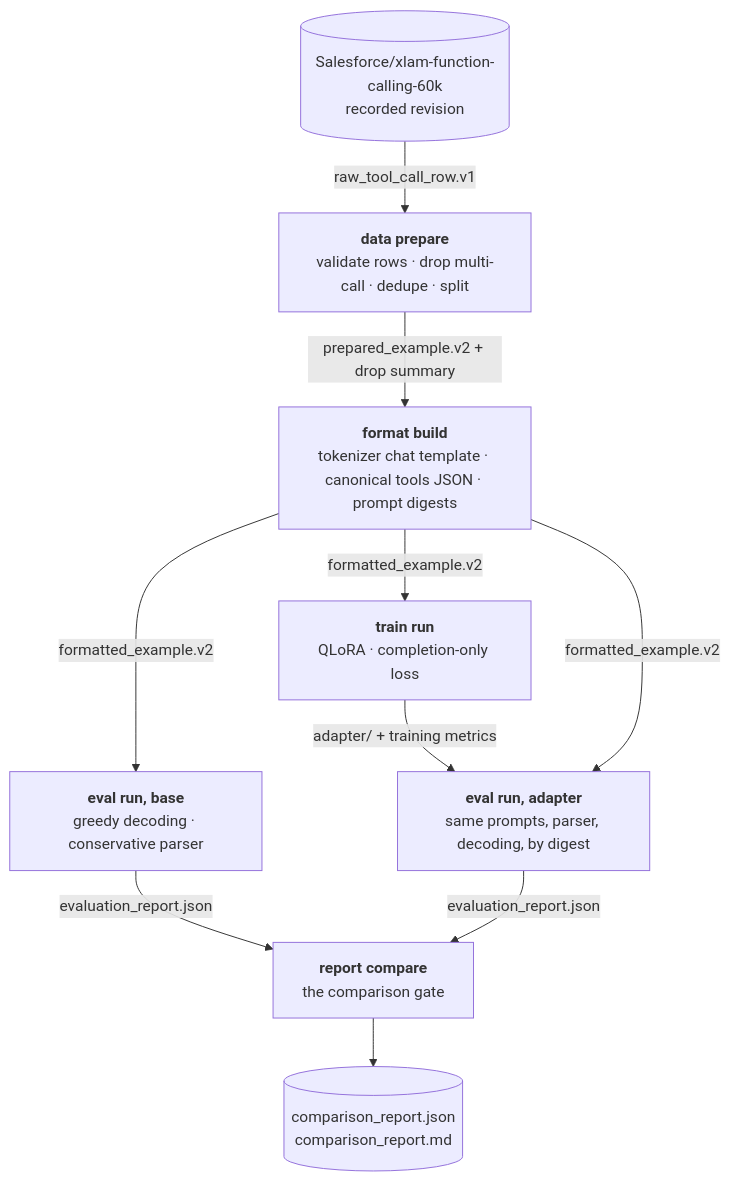
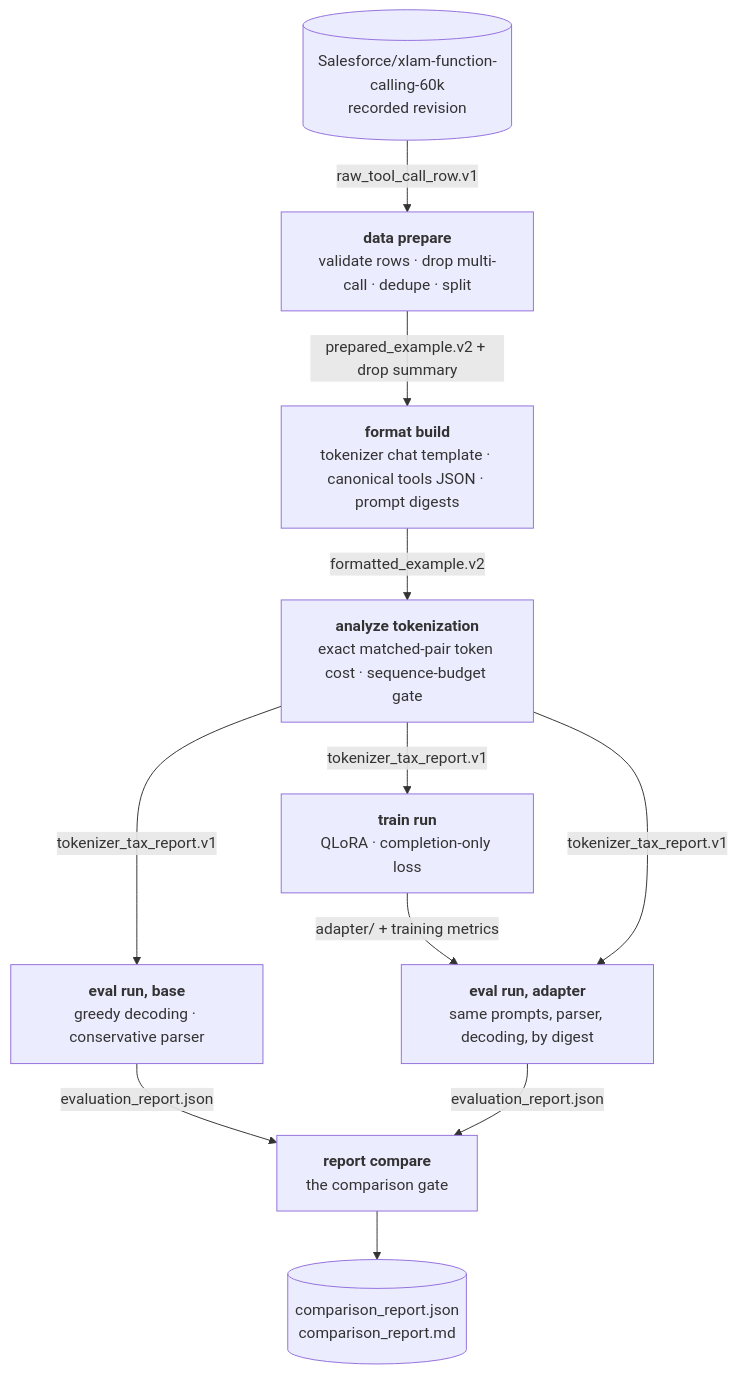
Before and after one commit to AbdelStark/sommelier: the diagram in docs/concepts/pipeline.md, drawn with Mermaid. The commit also changed other lines of this file and 149 other files, not shown here.

````diff
--- a/docs/concepts/pipeline.md
+++ b/docs/concepts/pipeline.md
@@ -7,19 +7,21 @@
 ```mermaid
 flowchart TB
     raw[("Salesforce/xlam-function-calling-60k<br>recorded revision")]
     raw -->|raw_tool_call_row.v1| P1
     P1["<b>data prepare</b><br>validate rows · drop multi-call · dedupe · split"]
     P1 -->|prepared_example.v2 + drop summary| P2
     P2["<b>format build</b><br>tokenizer chat template · canonical tools JSON · prompt digests"]
-    P2 -->|formatted_example.v2| E1
-    P2 -->|formatted_example.v2| T
+    P2 -->|formatted_example.v2| A
+    A["<b>analyze tokenization</b><br>exact matched-pair token cost · sequence-budget gate"]
+    A -->|tokenizer_tax_report.v1| E1
+    A -->|tokenizer_tax_report.v1| T
     E1["<b>eval run, base</b><br>greedy decoding · conservative parser"]
     T["<b>train run</b><br>QLoRA · completion-only loss"]
     T -->|adapter/ + training metrics| E2
-    P2 -->|formatted_example.v2| E2
+    A -->|tokenizer_tax_report.v1| E2
     E2["<b>eval run, adapter</b><br>same prompts, parser, decoding, by digest"]
     E1 -->|evaluation_report.json| R
     E2 -->|evaluation_report.json| R
     R["<b>report compare</b><br>the comparison gate"]
     R --> OUT[("comparison_report.json<br>comparison_report.md")]
 ```
````
